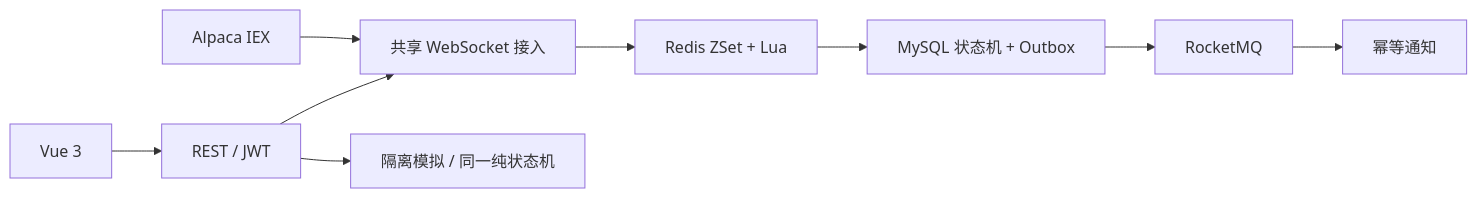
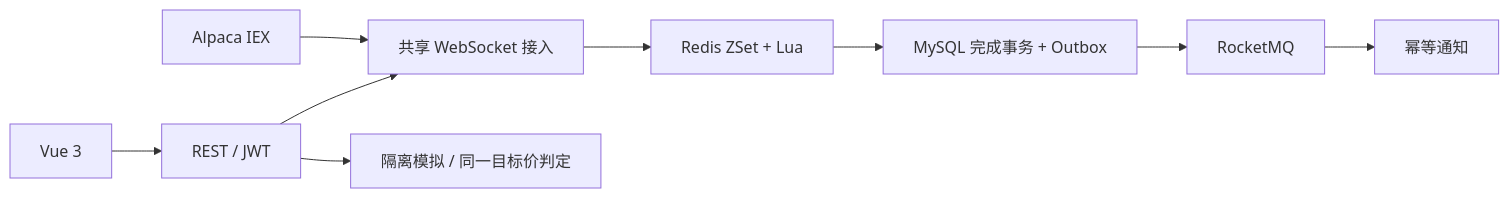
Before and after one commit to originalEzra/PricePulse: the diagram in README.md, drawn with Mermaid. The commit also changed other lines of this file and 101 other files, not shown here.

````diff
--- a/README.md
+++ b/README.md
@@ -47,11 +49,11 @@
 ```mermaid
 flowchart LR
     UI[Vue 3] --> API[REST / JWT]
     API --> Feed[共享 WebSocket 接入]
     Alpaca[Alpaca IEX] --> Feed
     Feed --> Index[Redis ZSet + Lua]
-    Index --> TX[MySQL 状态机 + Outbox]
+    Index --> TX[MySQL 完成事务 + Outbox]
     TX --> MQ[RocketMQ]
     MQ --> Notify[幂等通知]
-    API --> Sim[隔离模拟 / 同一纯状态机]
+    API --> Sim[隔离模拟 / 同一目标价判定]
 ```
````
